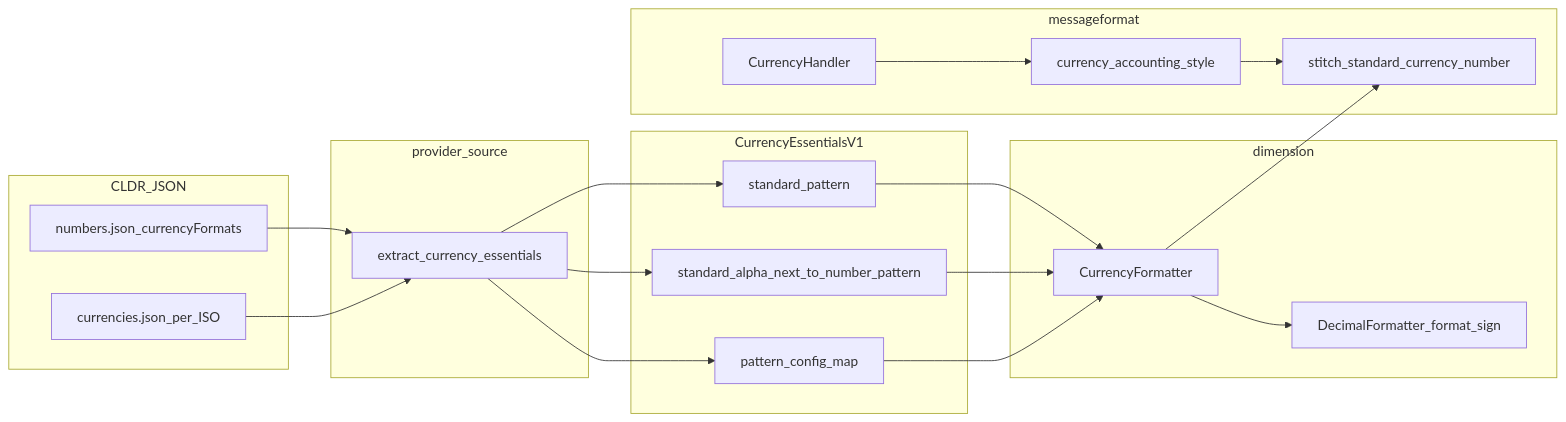
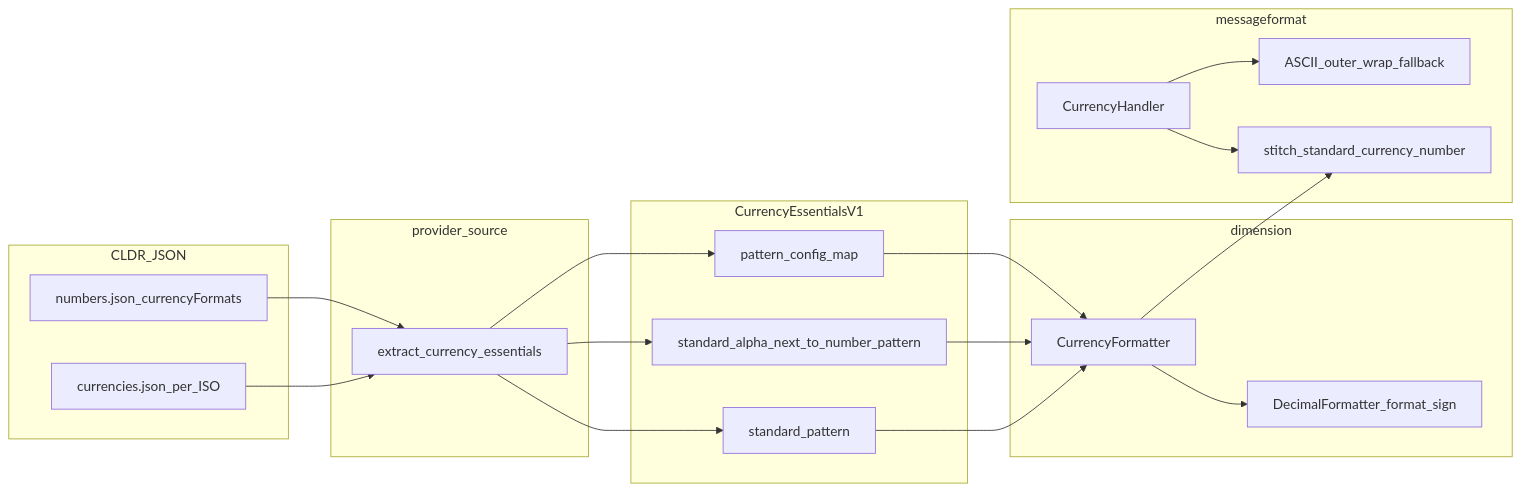
Before and after one commit to unicode-org/icu4x: the diagram in documents/design/messageformat_currency_accounting.md, drawn with Mermaid. The commit also changed other lines of this file and 11 other files, not shown here.

````diff
--- a/documents/design/messageformat_currency_accounting.md
+++ b/documents/design/messageformat_currency_accounting.md
@@ -31,36 +31,36 @@
 ```mermaid
 flowchart LR
   subgraph cldr [CLDR_JSON]
     numbers[numbers.json_currencyFormats]
     currencies[currencies.json_per_ISO]
   end
   subgraph datagen [provider_source]
     extract[extract_currency_essentials]
   end
   subgraph payload [CurrencyEssentialsV1]
     stdPat[standard_pattern]
     alphaPat[standard_alpha_next_to_number_pattern]
     map[pattern_config_map]
   end
   subgraph runtime [dimension]
     CF[CurrencyFormatter]
     dec[DecimalFormatter_format_sign]
   end
   subgraph mf2 [messageformat]
     CH[CurrencyHandler]
-    heur[currency_accounting_style]
     stitch[stitch_standard_currency_number]
+    wrap[ASCII_outer_wrap_fallback]
   end
   numbers --> extract
   currencies --> extract
   extract --> stdPat
   extract --> alphaPat
   extract --> map
   stdPat --> CF
   alphaPat --> CF
   map --> CF
   CF --> dec
-  CH --> heur
-  heur --> stitch
+  CH --> stitch
   CF --> stitch
+  CH --> wrap
 ```
````
